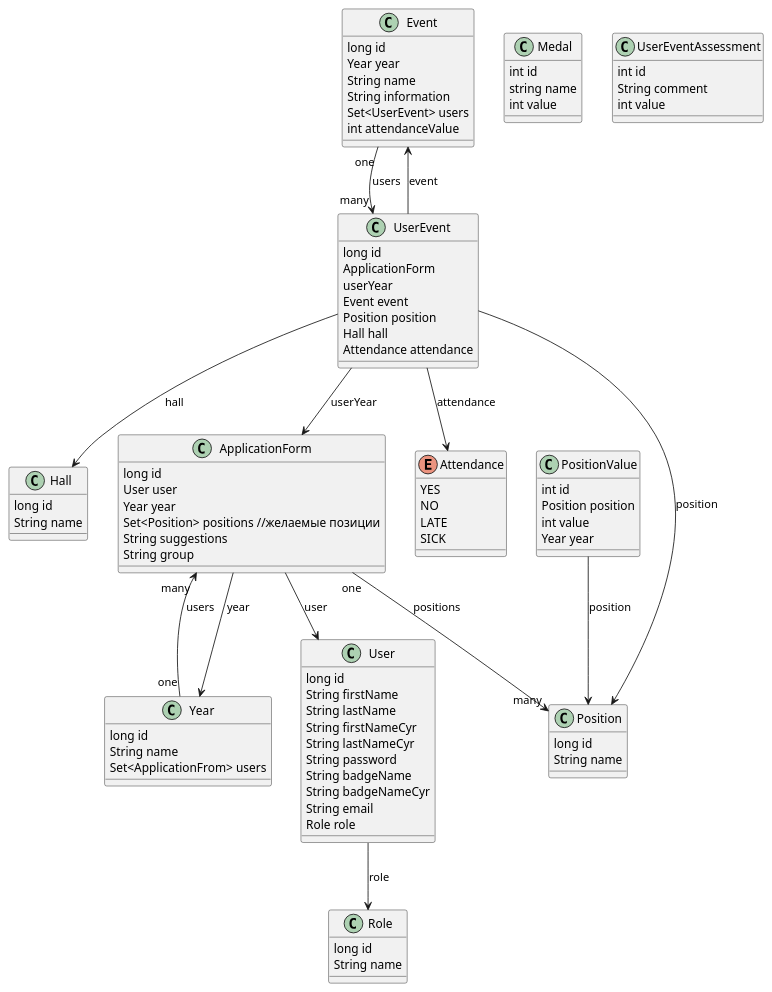
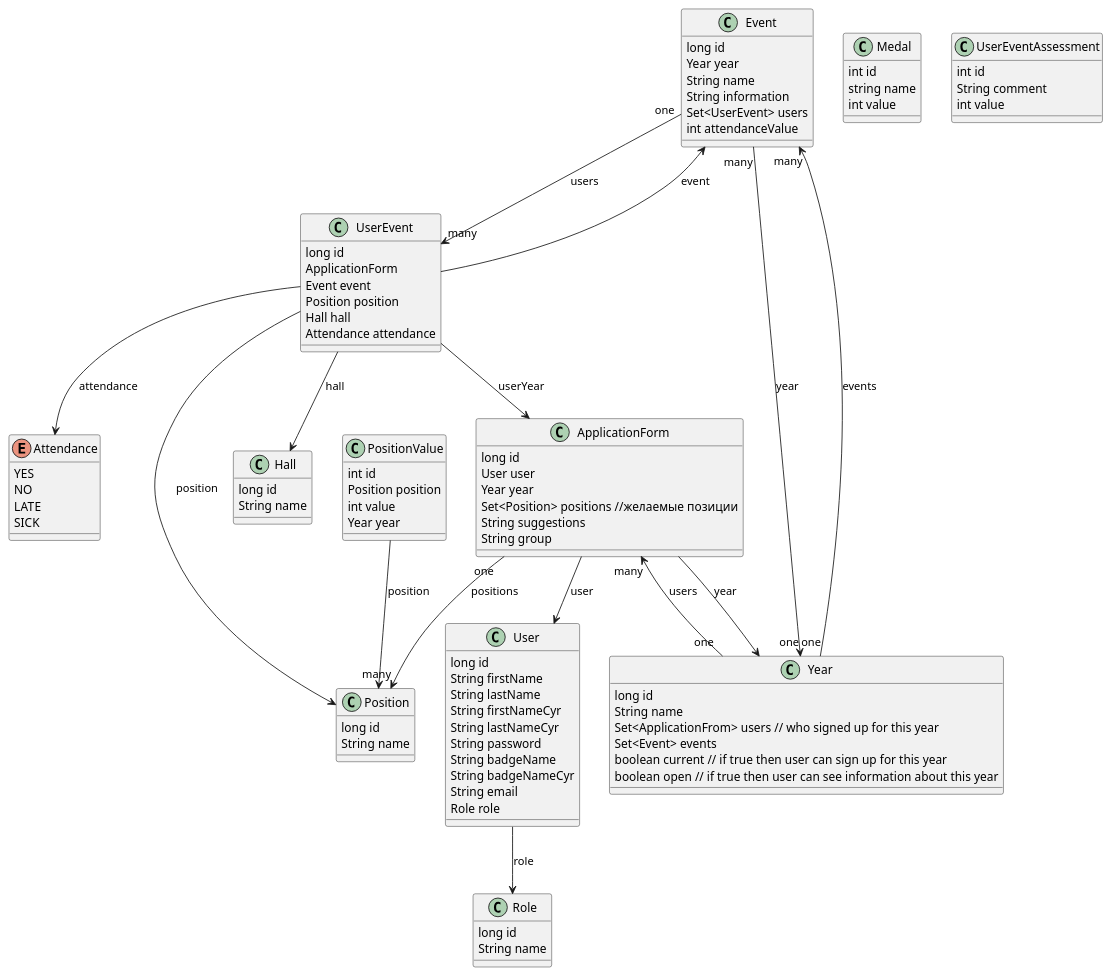
The diagram in database.puml (NEERC/volunteers), drawn with PlantUML before and after one commit.

Commit message:
update puml

```diff
--- a/database.puml
+++ b/database.puml
@@ -2,108 +2,114 @@
 @startuml
 
 class Event {
     long id
     Year year
     String name
     String information
     Set<UserEvent> users
     int attendanceValue
 }
 
 class Hall {
     long id
     String name
 }
 
 class Position {
     long id
     String name
 }
 
 class Role {
     long id
     String name
 }
 
 class User {
     long id
     String firstName
     String lastName
     String firstNameCyr
     String lastNameCyr
     String password
     String badgeName
     String badgeNameCyr
     String email
     Role role
 }
 
 class UserEvent {
     long id
     ApplicationForm
-    userYear
     Event event
     Position position
     Hall hall
     Attendance attendance
 }
 
 enum Attendance {
     YES
     NO
     LATE
     SICK
 }
 
 class ApplicationForm {
     long id
     User user
     Year year
     Set<Position> positions //желаемые позиции
     String suggestions
     String group
 }
 
 class Year {
     long id
     String name
-    Set<ApplicationFrom> users
+    Set<ApplicationFrom> users // who signed up for this year
+    Set<Event> events
+    boolean current // if true then user can sign up for this year
+    boolean open // if true then user can see information about this year
 }
 
 class Medal {
     int id
     string name
     int value
 }
 
 class PositionValue {
     int id
     Position position
     int value
     Year year
 }
 
 class UserEventAssessment {
     int id
     String comment
     int value
 }
 
 User --> Role : role
 ApplicationForm "one" --> "many" Position : positions
 ApplicationForm --> User : user
 Year "one" --> "many" ApplicationForm : users
+Year "one" --> "many" Event : events
+
 
 ApplicationForm --> Year : year
 
 UserEvent --> ApplicationForm : userYear
 UserEvent --> Hall : hall
 UserEvent --> Position : position
 UserEvent --> Event : event
 UserEvent --> Attendance : attendance
 
 PositionValue --> Position : position
 
 Event "one" --> "many" UserEvent : users
+Event "many" --> "one" Year : year
+
 
 @enduml
```
